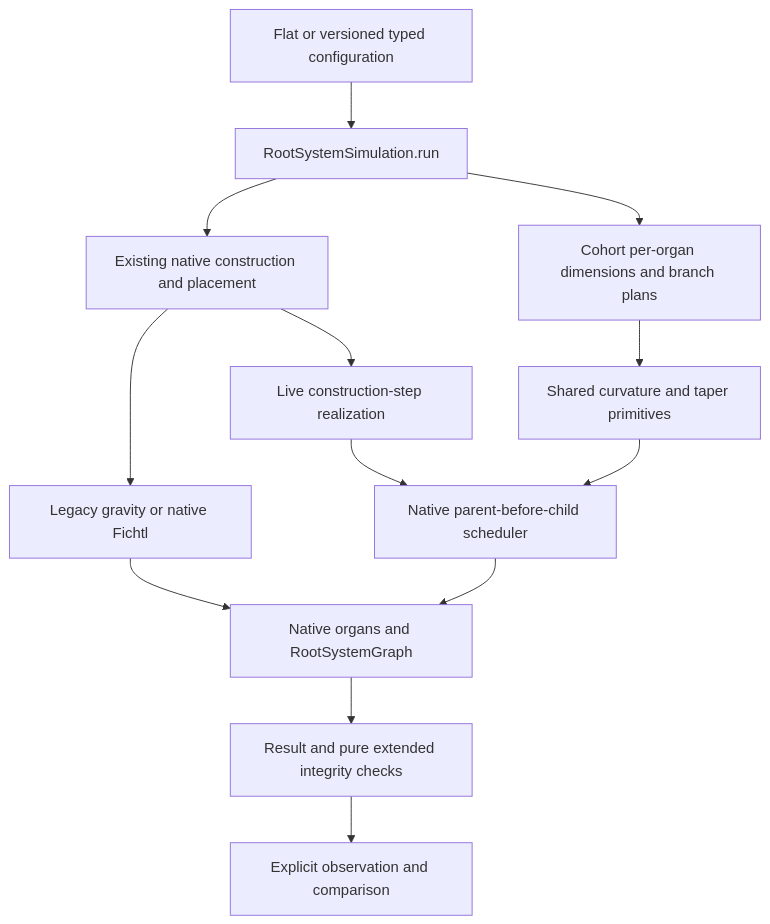
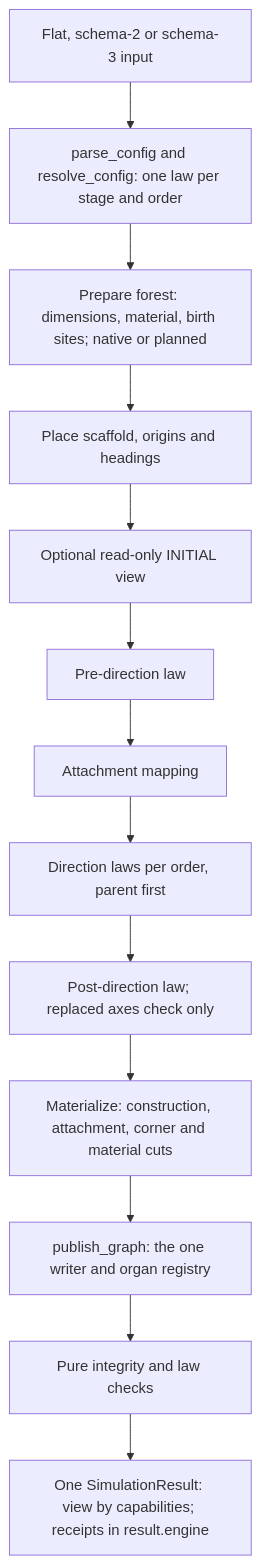
One commit to Plant-Food-Research-Open/deep-root-gen changed the diagram in docs/NATIVE_EXECUTION.md. Above: the diagram before and after it, drawn with Mermaid. The commit also changed other lines of this file and 33 other files, not shown here.

````diff
--- a/docs/NATIVE_EXECUTION.md
+++ b/docs/NATIVE_EXECUTION.md
@@ -54,15 +167,15 @@
 ```mermaid
 flowchart TD
-    INPUT[Flat or versioned typed configuration] --> RUN[RootSystemSimulation.run]
-    RUN --> N[Existing native construction and placement]
-    N --> LEG[Legacy gravity or native Fichtl]
-    N --> STEP[Live construction-step realization]
-    RUN --> PLAN[Cohort per-organ dimensions and branch plans]
-    PLAN --> CURVE[Shared curvature and taper primitives]
-    STEP --> QUEUE[Native parent-before-child scheduler]
-    CURVE --> QUEUE
-    LEG --> GRAPH[Native organs and RootSystemGraph]
-    QUEUE --> GRAPH
-    GRAPH --> RESULT[Result and pure extended integrity checks]
-    RESULT --> OBS[Explicit observation and comparison]
+    INPUT[Flat, schema-2 or schema-3 input] --> RESOLVE[parse_config and resolve_config: one law per stage and order]
+    RESOLVE --> PREP[Prepare forest: dimensions, material, birth sites; native or planned]
+    PREP --> PLACE[Place scaffold, origins and headings]
+    PLACE --> INIT[Optional read-only INITIAL view]
+    INIT --> PRE[Pre-direction law]
+    PRE --> ATT[Attachment mapping]
+    ATT --> DIR[Direction laws per order, parent first]
+    DIR --> POST[Post-direction law; replaced axes check only]
+    POST --> MAT[Materialize: construction, attachment, corner and material cuts]
+    MAT --> EMIT[publish_graph: the one writer and organ registry]
+    EMIT --> CHECK[Pure integrity and law checks]
+    CHECK --> RESULT[One SimulationResult: view by capabilities; receipts in result.engine]
 ```
````
